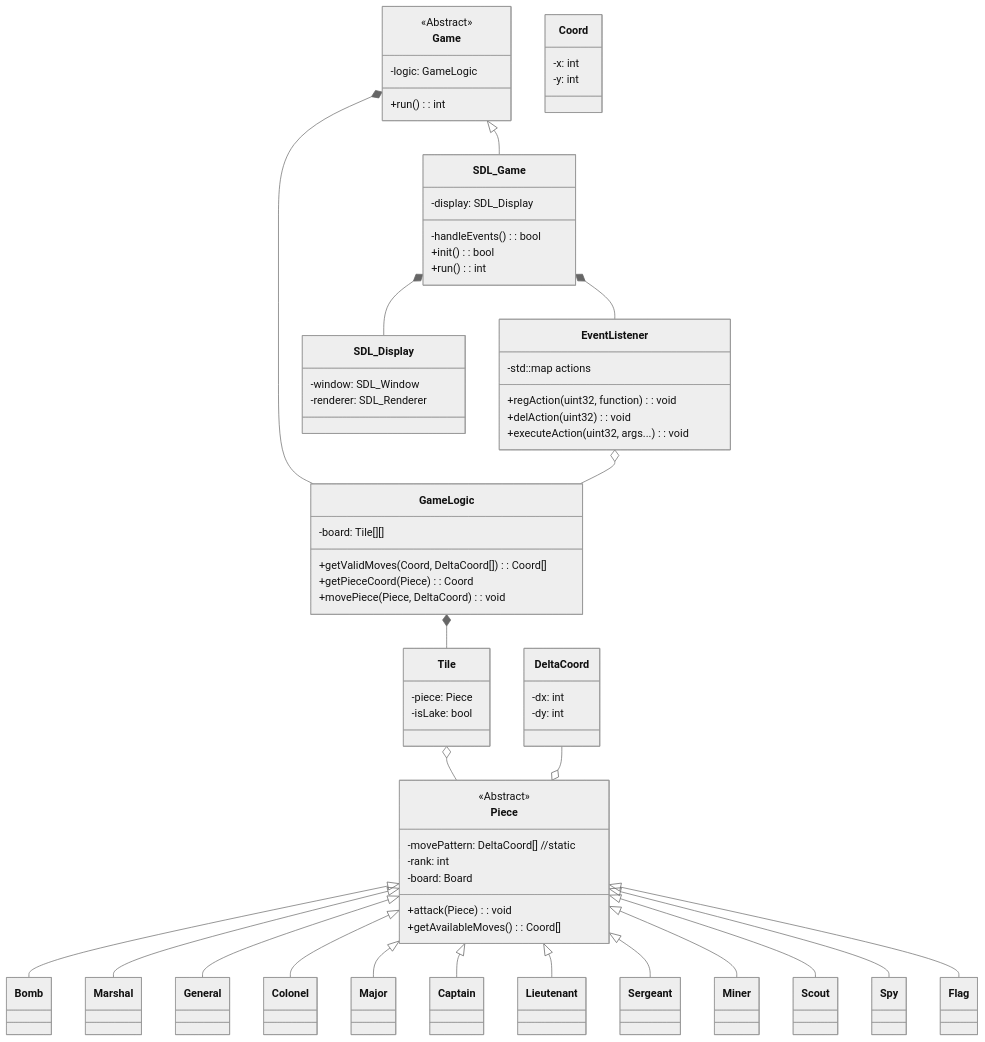
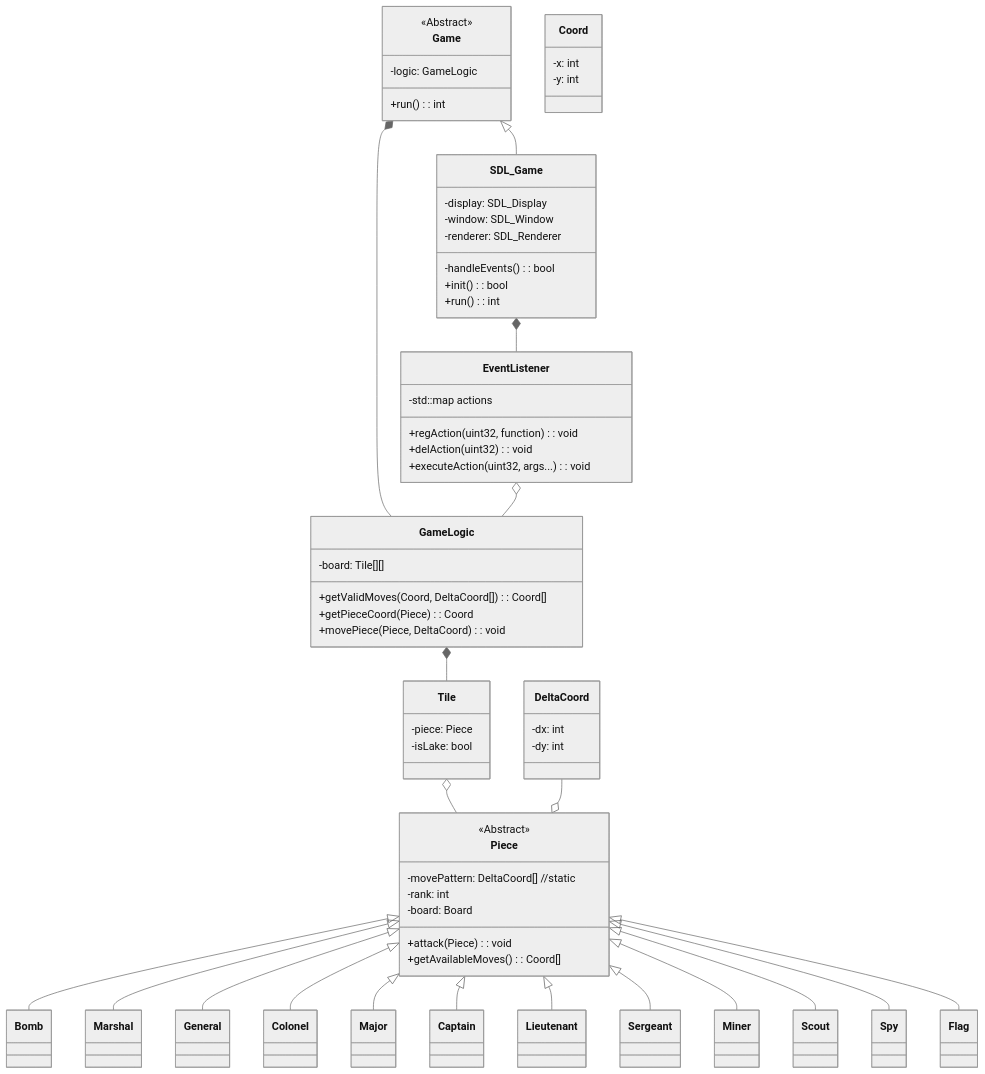
The sixth of 6 diagrams in README.md (Tomocza/cpp-stratego), drawn with Mermaid (neutral theme) before and after one commit. The commit also changed 6 other files, not shown here.

Commit message:
consolidate SDL_Display into SDL_Game

```diff
--- a/README.md
+++ b/README.md
@@ -185,14 +185,11 @@
 
 class SDL_Game{
   -display: SDL_Display
+  -window: SDL_Window
+  -renderer: SDL_Renderer
   -handleEvents(): bool
   +init(): bool
   +run(): int
-}
-
-class SDL_Display{
-  -window: SDL_Window
-  -renderer: SDL_Renderer
 }
 
 class GameLogic{
@@ -242,9 +239,7 @@
 
 Game <|-- SDL_Game
 Game *-- GameLogic
-SDL_Game *-- SDL_Display
 SDL_Game *-- EventListener
-
 EventListener o-- GameLogic
 
 GameLogic *-- Tile
```
